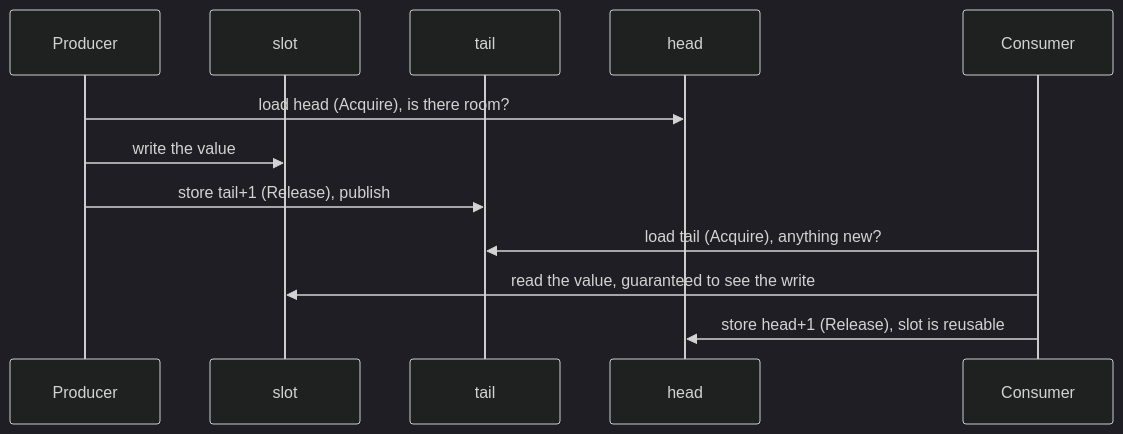
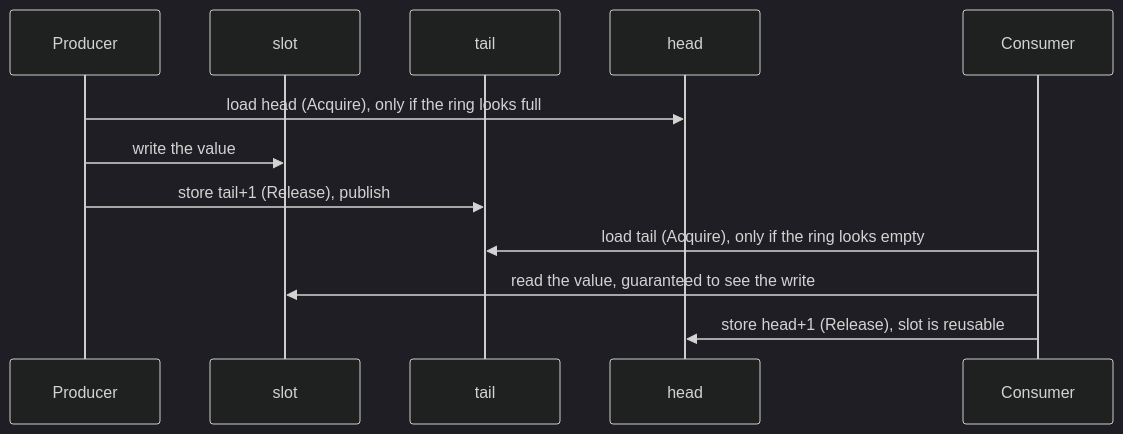
The first of 2 diagrams in docs/08-ringbuffer-and-wal.md (daohainam/rust-matching-engine), drawn with Mermaid (dark theme) before and after one commit. The commit also changed other lines of this file, not shown here.

First line of the commit message:
docs(ch08): rewrite part A for the Producer/Consumer ring buffer

````diff
--- a/docs/08-ringbuffer-and-wal.md
+++ b/docs/08-ringbuffer-and-wal.md
@@ -126,14 +163,14 @@
 ```mermaid
 sequenceDiagram
     participant P as Producer
     participant S as slot
     participant T as tail
     participant H as head
     participant C as Consumer
-    P->>H: load head (Acquire), is there room?
+    P->>H: load head (Acquire), only if the ring looks full
     P->>S: write the value
     P->>T: store tail+1 (Release), publish
-    C->>T: load tail (Acquire), anything new?
+    C->>T: load tail (Acquire), only if the ring looks empty
     C->>S: read the value, guaranteed to see the write
     C->>H: store head+1 (Release), slot is reusable
 ```
````
